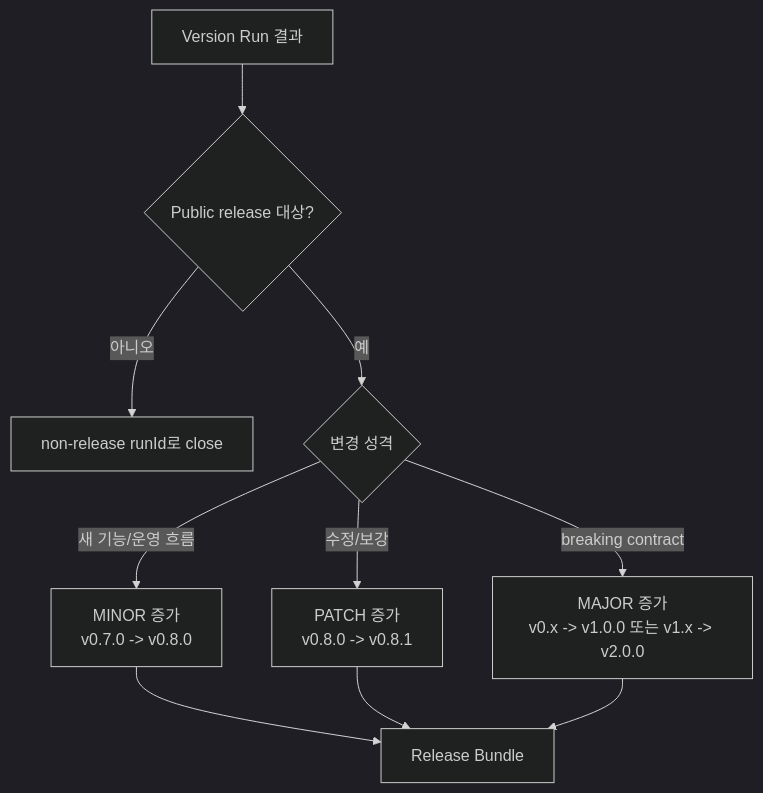
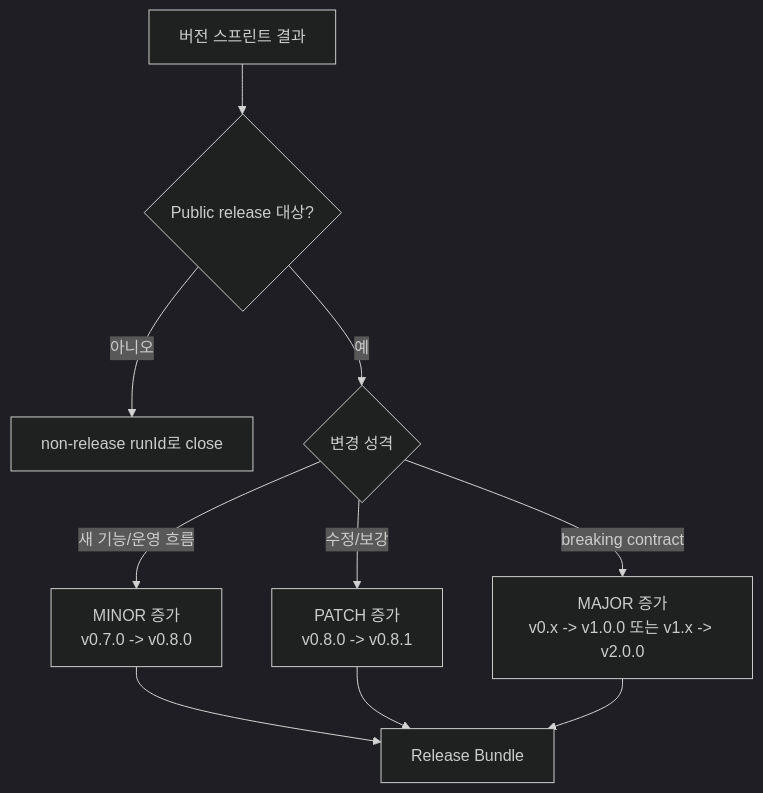
The diagram in docs/architecture/10-versioning-policy.md (dongwonlee222/POKit), drawn with Mermaid (dark theme) before and after one commit. The commit also changed other lines of this file and 22 other files, not shown here.

First line of the commit message:
refactor: 명칭 변경 — Weekly Cycle → 위클리 서클, Version Run → 버전 스프린트

````diff
--- a/docs/architecture/10-versioning-policy.md
+++ b/docs/architecture/10-versioning-policy.md
@@ -63,12 +63,12 @@
 ```mermaid
 flowchart TD
-  A["Version Run 결과"] --> B{"Public release 대상?"}
+  A["버전 스프린트 결과"] --> B{"Public release 대상?"}
   B -- "아니오" --> C["non-release runId로 close"]
   B -- "예" --> D{"변경 성격"}
   D -- "새 기능/운영 흐름" --> E["MINOR 증가<br/>v0.7.0 -> v0.8.0"]
   D -- "수정/보강" --> F["PATCH 증가<br/>v0.8.0 -> v0.8.1"]
   D -- "breaking contract" --> G["MAJOR 증가<br/>v0.x -> v1.0.0 또는 v1.x -> v2.0.0"]
   E --> H["Release Bundle"]
   F --> H
   G --> H
 ```
````
